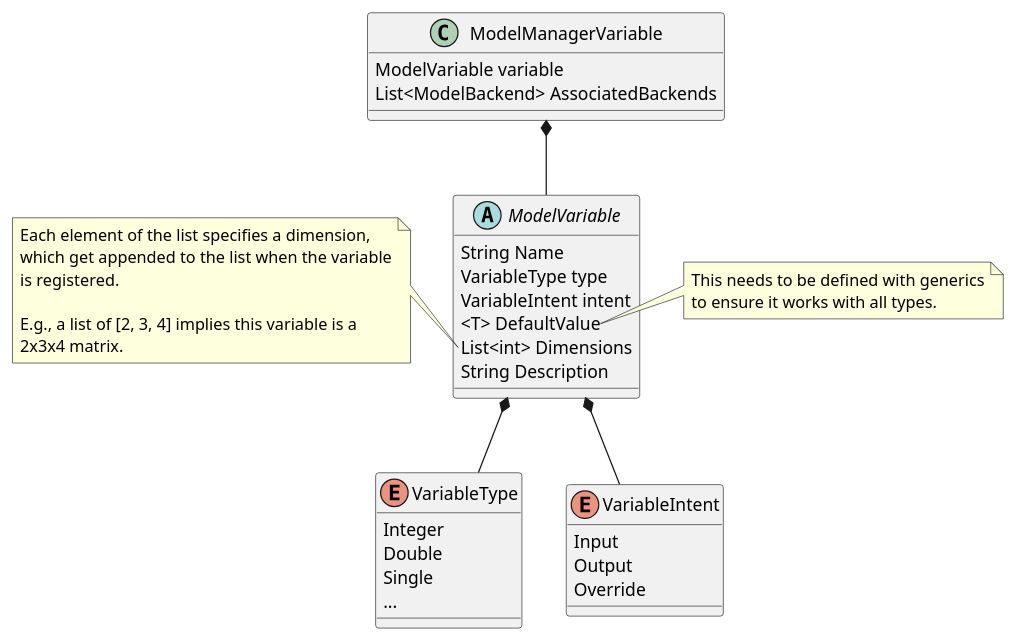
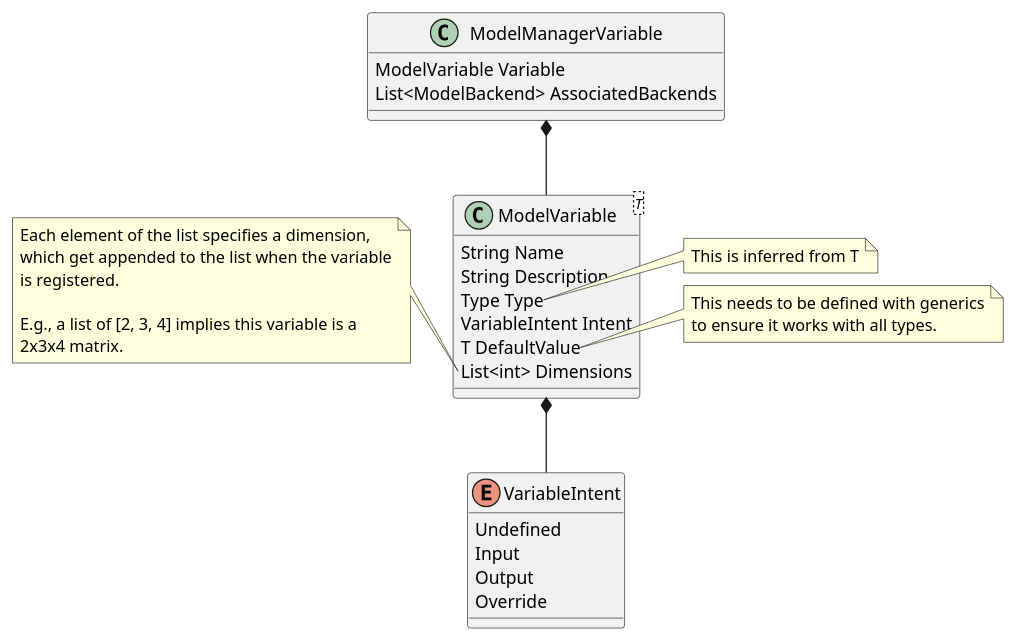
One commit to wheelerMT/GSMP changed the diagram in docs/PlantUML/diagrams/src/ClassDiagram-ModelVariable.puml. Above: the diagram before and after it, drawn with PlantUML.

Commit message:
Update ModelVariable class diagram to reflect actual implementation

```diff
--- a/docs/PlantUML/diagrams/src/ClassDiagram-ModelVariable.puml
+++ b/docs/PlantUML/diagrams/src/ClassDiagram-ModelVariable.puml
@@ -1,53 +1,50 @@
 @startuml
 'https://plantuml.com/class-diagram
 
 ' Class definitions
 class ModelManagerVariable {
-ModelVariable variable
+ModelVariable Variable
 List<ModelBackend> AssociatedBackends
 }
 
-abstract class ModelVariable {
+class ModelVariable<T> {
 String Name
-VariableType type
-VariableIntent intent
-<T> DefaultValue
+String Description
+Type Type
+VariableIntent Intent
+T DefaultValue
 List<int> Dimensions
-String Description
 }
 
 ' Notes
+note right of ModelVariable::Type
+  This is inferred from T
+end note
+
 note right of ModelVariable::DefaultValue
   This needs to be defined with generics
   to ensure it works with all types.
 end note
 
 note left of ModelVariable::Dimensions
   Each element of the list specifies a dimension,
   which get appended to the list when the variable
   is registered.
   
   E.g., a list of [2, 3, 4] implies this variable is a
   2x3x4 matrix.
 end note
 
 ' Enum definitions
-enum VariableType {
-Integer
-Double
-Single
-...
-}
-
 enum VariableIntent {
+Undefined
 Input
 Output
 Override
 }
 
 ' Relationships
 ModelManagerVariable *-- ModelVariable
-ModelVariable *-- VariableType
 ModelVariable *-- VariableIntent
 
 @enduml
```
